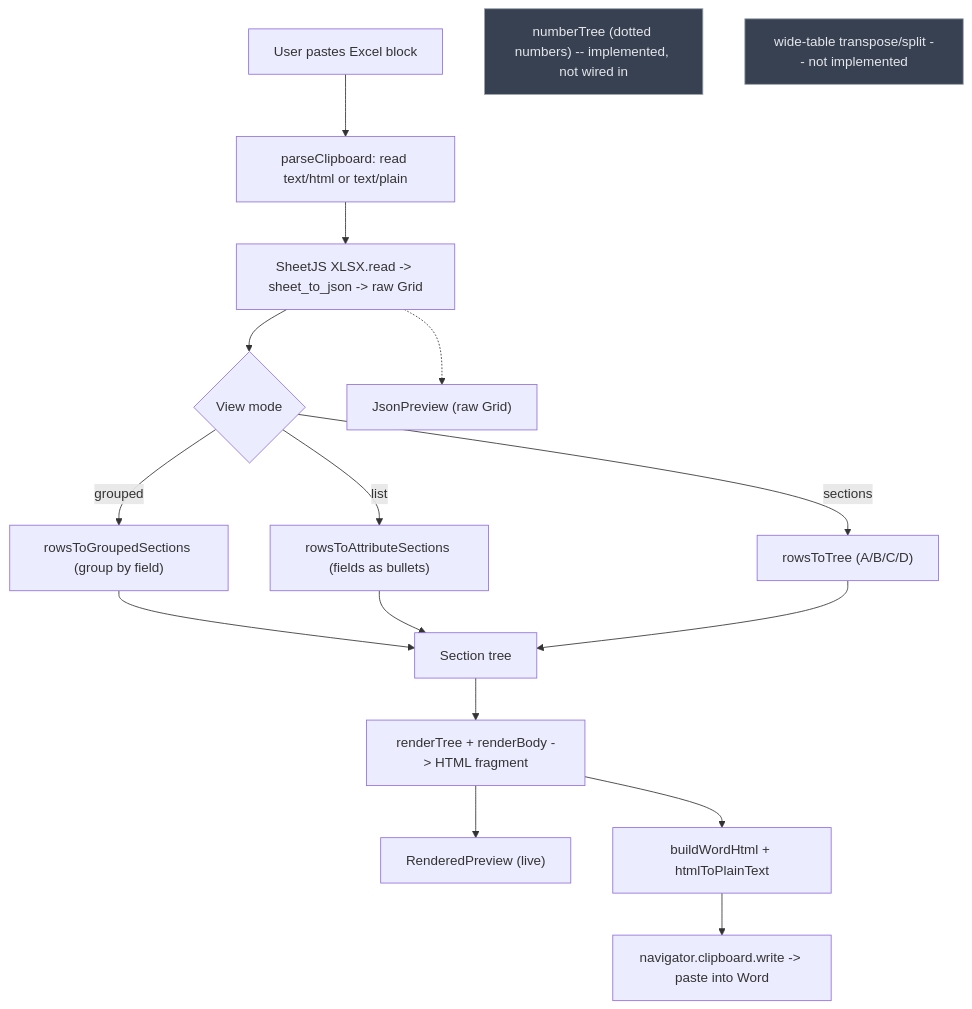
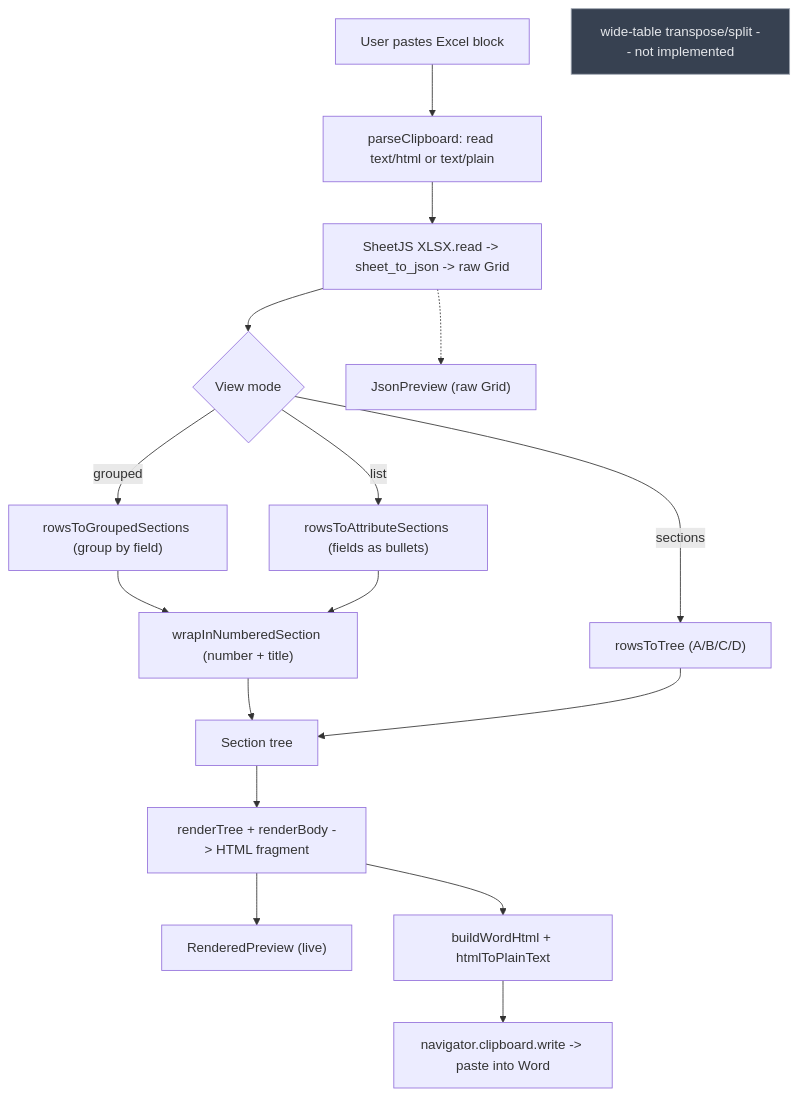
The diagram in docs/ARCHITECTURE.md (maybiiLen/Excel-Parser-), drawn with Mermaid before and after one commit. The commit also changed other lines of this file and 7 other files, not shown here.

````diff
--- a/docs/ARCHITECTURE.md
+++ b/docs/ARCHITECTURE.md
@@ -98,28 +102,29 @@
 ```mermaid
 flowchart TD
     A["User pastes Excel block"]
     B["parseClipboard: read text/html or text/plain"]
     C["SheetJS XLSX.read -> sheet_to_json -> raw Grid"]
     V{"View mode"}
     G["rowsToGroupedSections (group by field)"]
     L["rowsToAttributeSections (fields as bullets)"]
     S["rowsToTree (A/B/C/D)"]
     T["Section tree"]
     R["renderTree + renderBody -> HTML fragment"]
     P["RenderedPreview (live)"]
     J["JsonPreview (raw Grid)"]
     W["buildWordHtml + htmlToPlainText"]
     X["navigator.clipboard.write -> paste into Word"]
+    NW["wrapInNumberedSection (number + title)"]
     A --> B --> C --> V
-    V -->|grouped| G --> T
-    V -->|list| L --> T
+    V -->|grouped| G --> NW
+    V -->|list| L --> NW
+    NW --> T
     V -->|sections| S --> T
     T --> R --> P
     C -.-> J
     R --> W --> X
 
-    N["numberTree (dotted numbers) -- implemented, not wired in"]
     K["wide-table transpose/split -- not implemented"]
-    class N,K deferred;
+    class K deferred;
     classDef deferred fill:#374151,stroke:#9ca3af,color:#e5e7eb;
 ```
````
